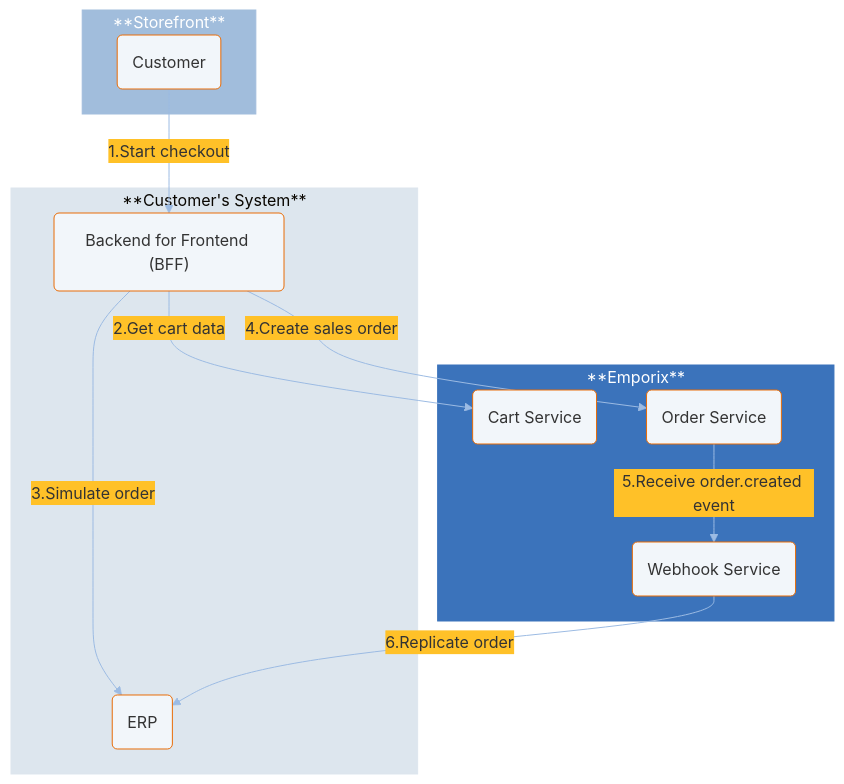
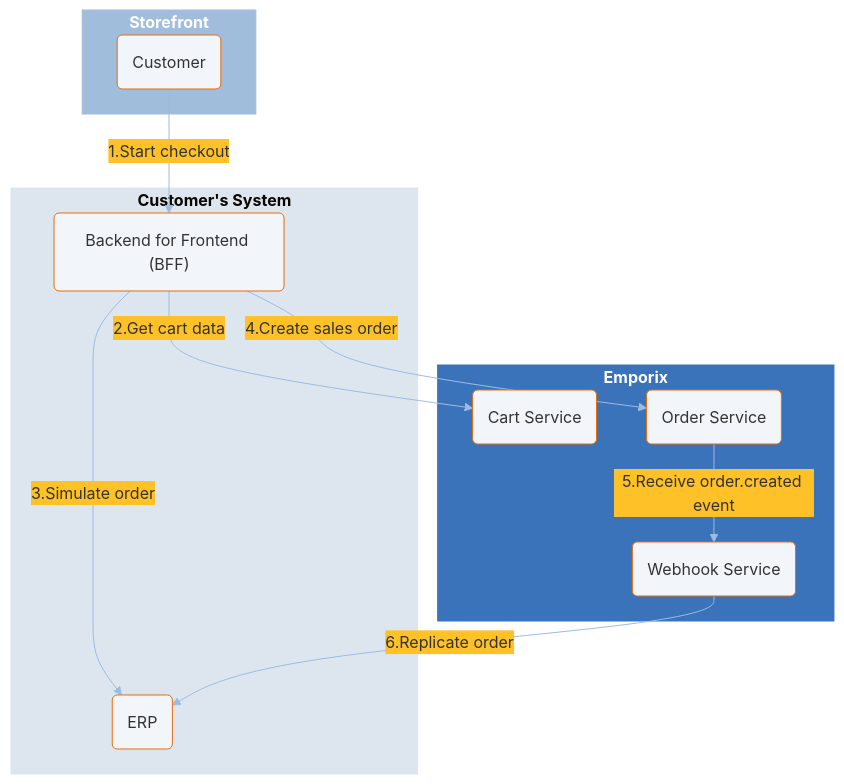
The third of 3 diagrams in orders/order/order.md (emporix/api-references), drawn with Mermaid before and after one commit. The commit also changed other lines of this file, not shown here.

````diff
--- a/orders/order/order.md
+++ b/orders/order/order.md
@@ -193,54 +193,54 @@
 ```mermaid fullWidth="false"
 ---
 config:
   layout: fixed
   theme: base
   look: classic
   themeVariables:
     background: transparent
     lineColor: "#9CBBE3"
     arrowheadColor: "#9CBBE3"
     edgeLabelBackground: "#FFC128" 
     edgeLabelTextColor: "#4C5359"
 ---
 flowchart 
- subgraph subGraph0["**Storefront**"]
+ subgraph subGraph0["`**Storefront**`"]
         A["Customer"]
   end
- subgraph subGraph1["**Emporix**"]
+ subgraph subGraph1["`**Emporix**`"]
         CS["Cart Service"]
         OS["Order Service"]
         WS["Webhook Service"]
   end
- subgraph subGraph2["**Customer's System**"]
+ subgraph subGraph2["`**Customer's System**`"]
         BFF["Backend for Frontend (BFF)"]
         ERP["ERP"]
   end
     A -- "1.Start checkout" --> BFF
     BFF -- "2.Get cart data" --> CS
     BFF -- "3.Simulate order" --> ERP
     BFF -- "4.Create sales order" --> OS
     OS -- "5.Receive order.created event" --> WS
     WS -- "6.Replicate order" --> ERP
     A@{ shape: rounded}
     CS@{ shape: rounded}
     OS@{ shape: rounded}
     WS@{ shape: rounded}
     BFF@{ shape: rounded}
     ERP@{ shape: rounded}
      A:::Class_04
      CS:::Class_04
      OS:::Class_04
      WS:::Class_04
      BFF:::Class_04
      ERP:::Class_04
      subGraph1:::Class_03
      subGraph0:::Class_01
      subGraph2:::Class_02
     classDef Class_02 stroke-width:1px, stroke-dasharray: 0, stroke:#DDE6EE, fill:#DDE6EE
     classDef Class_01 stroke-width:1px, stroke-dasharray: 0, stroke:#A1BDDC, fill:#A1BDDC
     classDef Class_03 stroke-width:1px, stroke-dasharray: 0, stroke:#3b73bb, fill:#3b73bb
     classDef Class_04 fill:#F2F6FA, stroke:#E86C07
     style subGraph1 color:#FFFFFF
     style subGraph0 color:#FFFFFF
 ```
````
